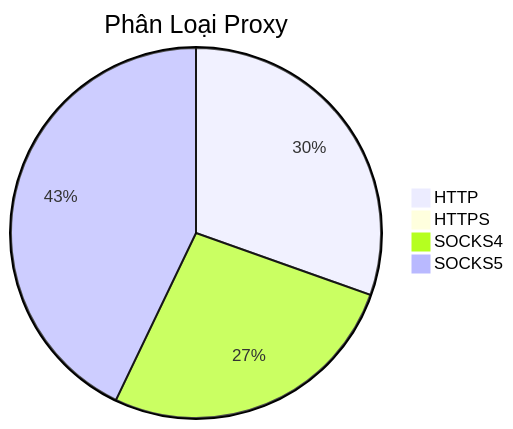
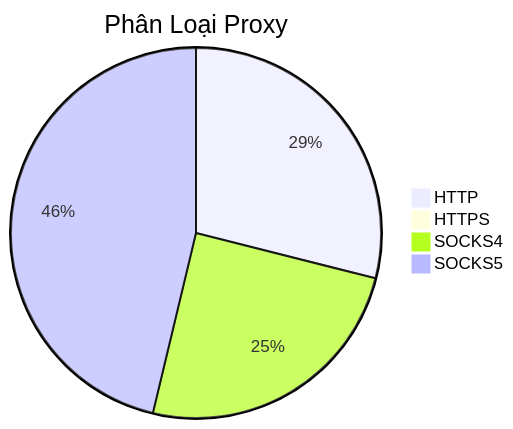
One commit to Ciara-Aa/PROXY-free changed the diagram in README.md. Above: the diagram before and after it, drawn with Mermaid. The commit also changed other lines of this file and 4 other files, not shown here.

````diff
--- a/README.md
+++ b/README.md
@@ -26,7 +26,7 @@
 ```mermaid
 pie title Phân Loại Proxy
-    "HTTP" : 325
-    "HTTPS" : 0
-    "SOCKS4" : 285
-    "SOCKS5" : 458
+    "HTTP" : 259
+    "HTTPS" : 1
+    "SOCKS4" : 222
+    "SOCKS5" : 414
 ```
````
